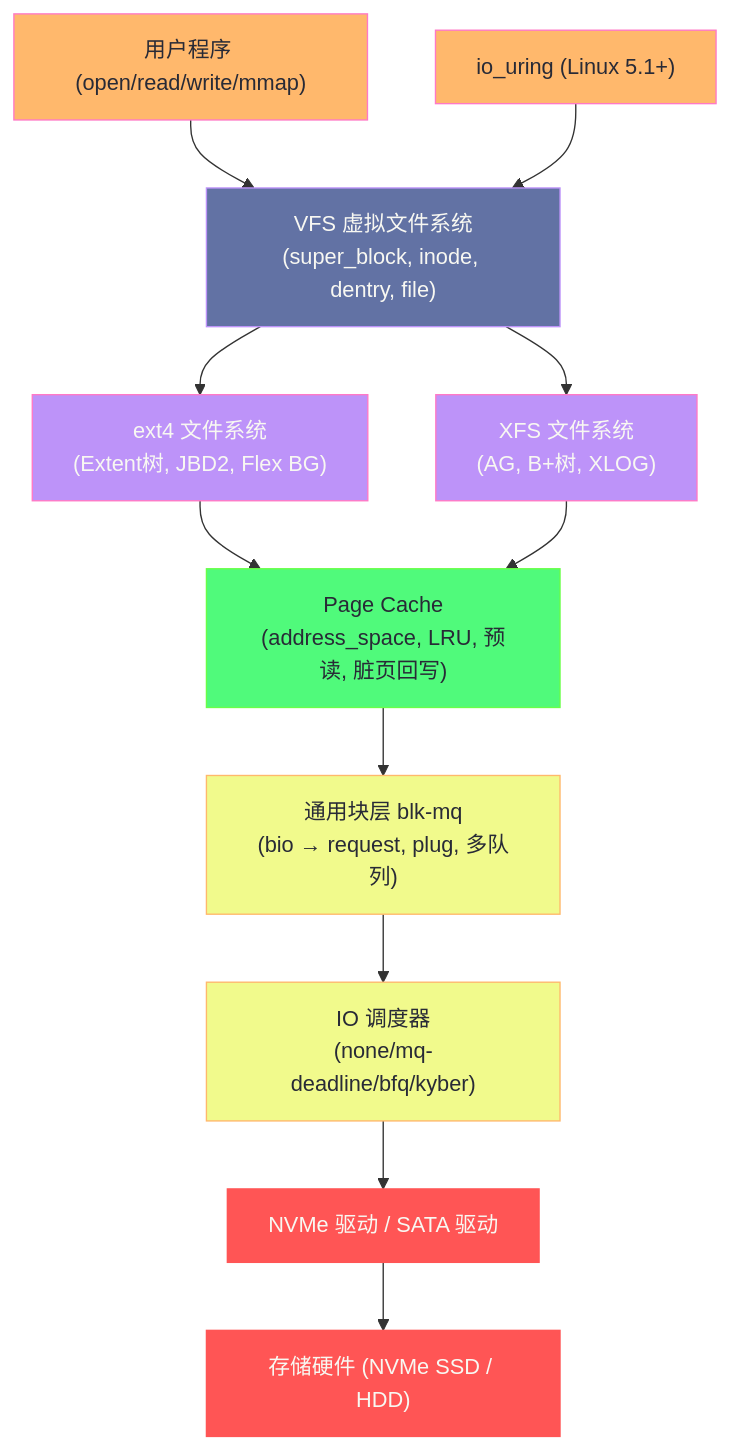
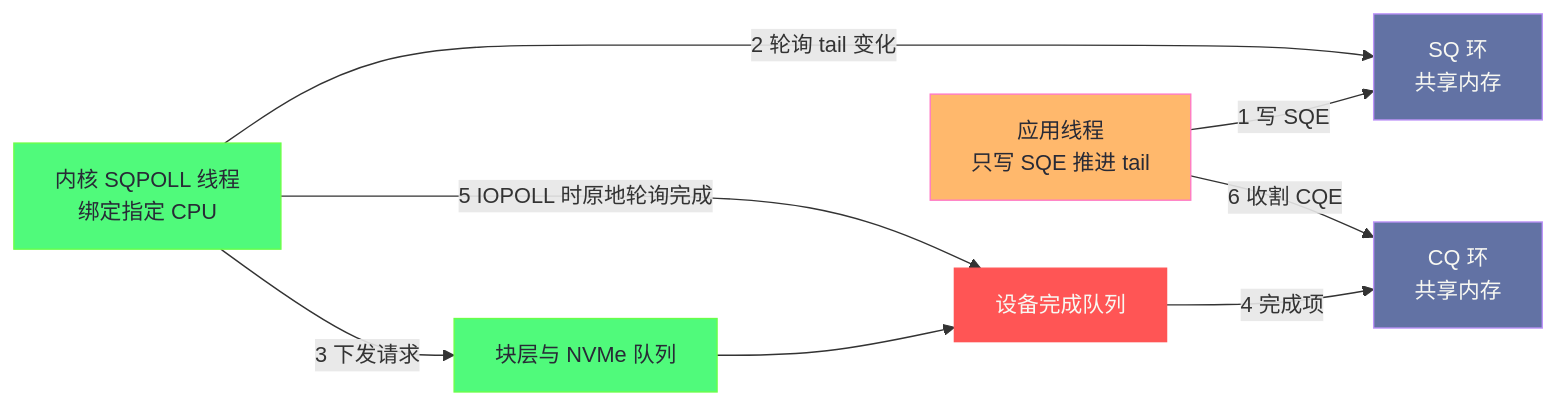
One commit to hpliStartAgain/my-brain changed the fourth of 5 diagrams in content/Linux/文件系统/10 现代存储技术——NVMe、io_uring 与用户态存储.md. Above: the diagram before and after it, drawn with Mermaid. The commit also changed other lines of this file and 455 other files, not shown here.

````diff
--- a/content/Linux/文件系统/10 现代存储技术——NVMe、io_uring 与用户态存储.md
+++ b/content/Linux/文件系统/10 现代存储技术——NVMe、io_uring 与用户态存储.md
@@ -481,32 +249,21 @@
 ```mermaid
 %%{init: {'theme': 'dracula'}}%%
-graph TD
+flowchart LR
+    APP["应用线程<br/>只写 SQE 推进 tail"]:::app
+    SQ["SQ 环<br/>共享内存"]:::mem
+    CQ["CQ 环<br/>共享内存"]:::mem
+    KTH["内核 SQPOLL 线程<br/>绑定指定 CPU"]:::kern
+    BLK["块层与 NVMe 队列"]:::kern
+    DEV["设备完成队列"]:::hw
+    APP -->|"1 写 SQE"| SQ
+    KTH -->|"2 轮询 tail 变化"| SQ
+    KTH -->|"3 下发请求"| BLK
+    BLK --> DEV
+    DEV -->|"4 完成项"| CQ
+    KTH -->|"5 IOPOLL 时原地轮询完成"| DEV
+    APP -->|"6 收割 CQE"| CQ
     classDef app fill:#ffb86c,stroke:#ff79c6,color:#282a36
-    classDef vfs fill:#6272a4,stroke:#bd93f9,color:#f8f8f2
-    classDef fs fill:#bd93f9,stroke:#ff79c6,color:#f8f8f2
-    classDef pc fill:#50fa7b,stroke:#69ff47,color:#282a36
-    classDef blk fill:#f1fa8c,stroke:#ffb86c,color:#282a36
-    classDef drv fill:#ff5555,stroke:#ff5555,color:#f8f8f2
-
-    APP["用户程序 (open/read/write/mmap)"]:::app
-    IOU["io_uring (Linux 5.1+)"]:::app
-    VFS["VFS 虚拟文件系统</br>(super_block, inode, dentry, file)"]:::vfs
-    EXT4["ext4 文件系统</br>(Extent树, JBD2, Flex BG)"]:::fs
-    XFS["XFS 文件系统</br>(AG, B+树, XLOG)"]:::fs
-    PC["Page Cache</br>(address_space, LRU, 预读, 脏页回写)"]:::pc
-    GBL["通用块层 blk-mq</br>(bio → request, plug, 多队列)"]:::blk
-    SCHED["IO 调度器</br>(none/mq-deadline/bfq/kyber)"]:::blk
-    DRV["NVMe 驱动 / SATA 驱动"]:::drv
-    HW["存储硬件 (NVMe SSD / HDD)"]:::drv
-
-    APP --> VFS
-    IOU --> VFS
-    VFS --> EXT4
-    VFS --> XFS
-    EXT4 --> PC
-    XFS --> PC
-    PC --> GBL
-    GBL --> SCHED
-    SCHED --> DRV
-    DRV --> HW
+    classDef mem fill:#6272a4,stroke:#bd93f9,color:#f8f8f2
+    classDef kern fill:#50fa7b,stroke:#69ff47,color:#282a36
+    classDef hw fill:#ff5555,stroke:#ff5555,color:#f8f8f2
 ```
````
